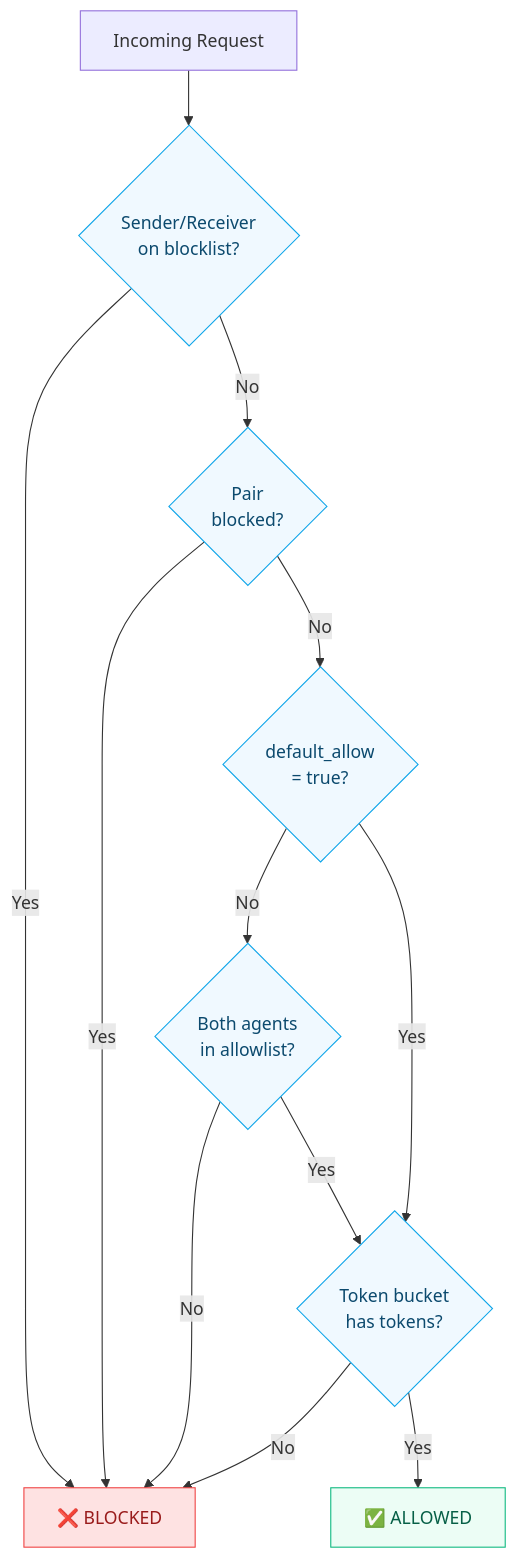
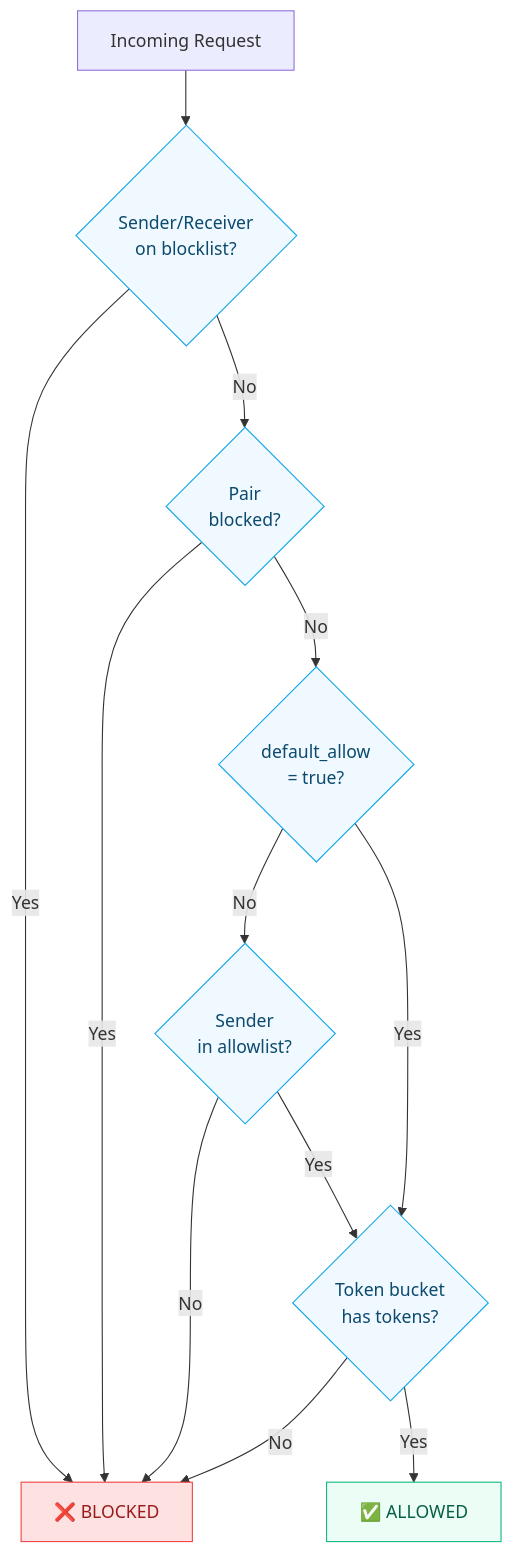
The fourth of 5 diagrams in a2a/architecture.mdx (QWED-AI/docs), drawn with Mermaid before and after one commit. The commit also changed 1 other file, not shown here.

Commit message:
docs: clarify directional sender-must-be-trusted semantics in A2A trust boundary

````diff
--- a/a2a/architecture.mdx
+++ b/a2a/architecture.mdx
@@ -123,22 +123,22 @@
 ```mermaid
 flowchart TB
     Start["Incoming Request"] --> BL{"Sender/Receiver<br/>on blocklist?"}
     BL -->|Yes| Block["❌ BLOCKED"]
     BL -->|No| PB{"Pair<br/>blocked?"}
     PB -->|Yes| Block
     PB -->|No| DA{"default_allow<br/>= true?"}
-    DA -->|No| AL{"Both agents<br/>in allowlist?"}
+    DA -->|No| AL{"Sender<br/>in allowlist?"}
     AL -->|No| Block
     AL -->|Yes| RL
     DA -->|Yes| RL{"Token bucket<br/>has tokens?"}
     RL -->|No| Block
     RL -->|Yes| Allow["✅ ALLOWED"]
 
     classDef blocked fill:#fee2e2,stroke:#ef4444,color:#991b1b;
     classDef allowed fill:#ecfdf5,stroke:#10b981,color:#065f46;
     classDef check fill:#f0f9ff,stroke:#0ea5e9,color:#0c4a6e;
 
     class Block blocked;
     class Allow allowed;
     class BL,PB,DA,AL,RL check;
 ```
````
